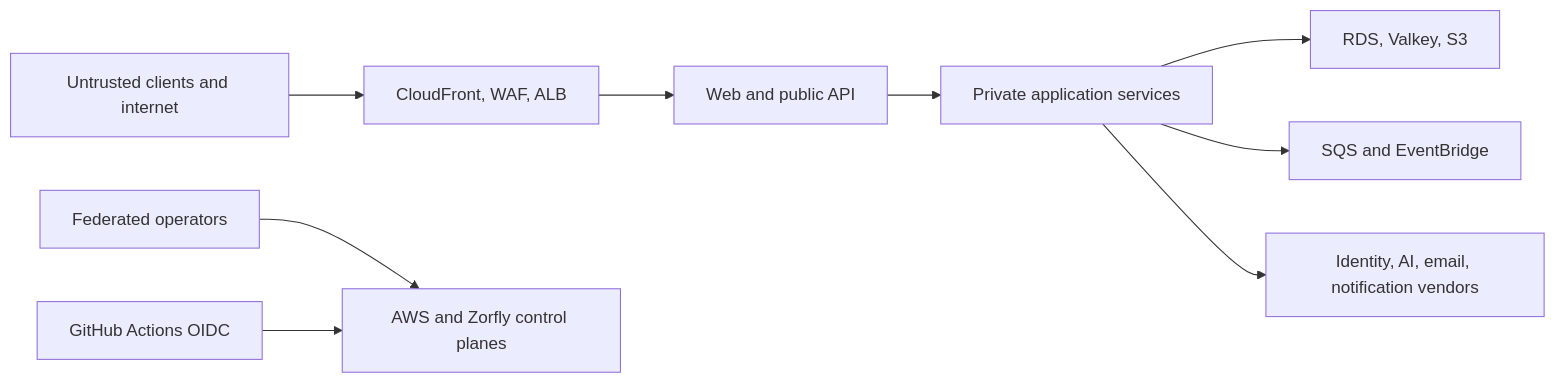
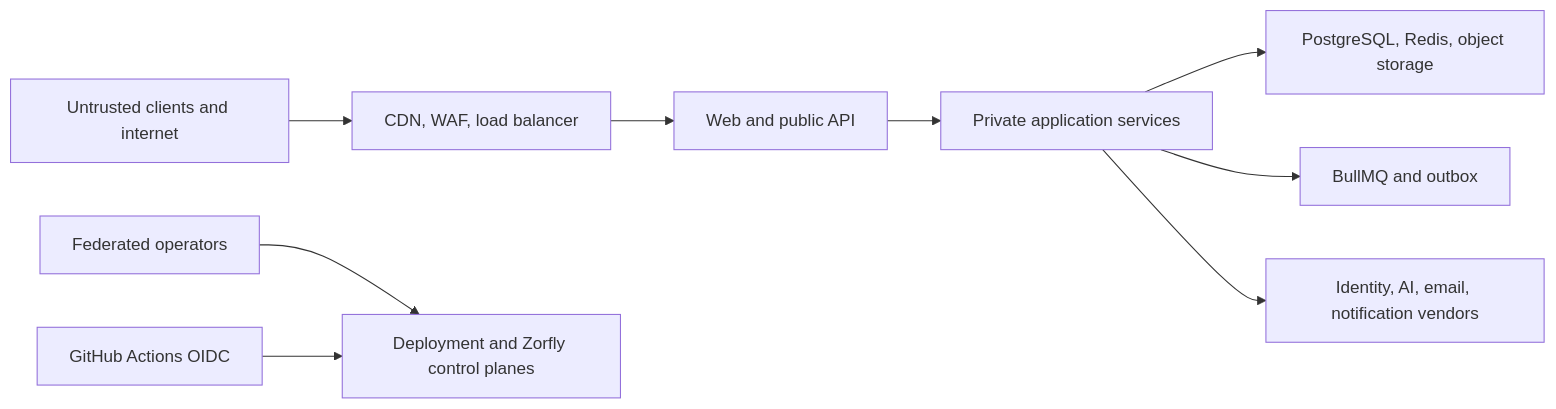
One commit to dhrubojyoti-1xl/zorfly changed the diagram in docs/SECURITY_ARCHITECTURE.md. Above: the diagram before and after it, drawn with Mermaid. The commit also changed other lines of this file and 165 other files, not shown here.

````diff
--- a/docs/SECURITY_ARCHITECTURE.md
+++ b/docs/SECURITY_ARCHITECTURE.md
@@ -15,11 +15,11 @@
 ```mermaid
 flowchart LR
-    Internet["Untrusted clients and internet"] --> Edge["CloudFront, WAF, ALB"]
+    Internet["Untrusted clients and internet"] --> Edge["CDN, WAF, load balancer"]
     Edge --> Public["Web and public API"]
     Public --> Services["Private application services"]
-    Services --> Data["RDS, Valkey, S3"]
-    Services --> Queue["SQS and EventBridge"]
+    Services --> Data["PostgreSQL, Redis, object storage"]
+    Services --> Queue["BullMQ and outbox"]
     Services --> Vendors["Identity, AI, email, notification vendors"]
-    Admin["Federated operators"] --> Control["AWS and Zorfly control planes"]
+    Admin["Federated operators"] --> Control["Deployment and Zorfly control planes"]
     CI["GitHub Actions OIDC"] --> Control
 ```
````
